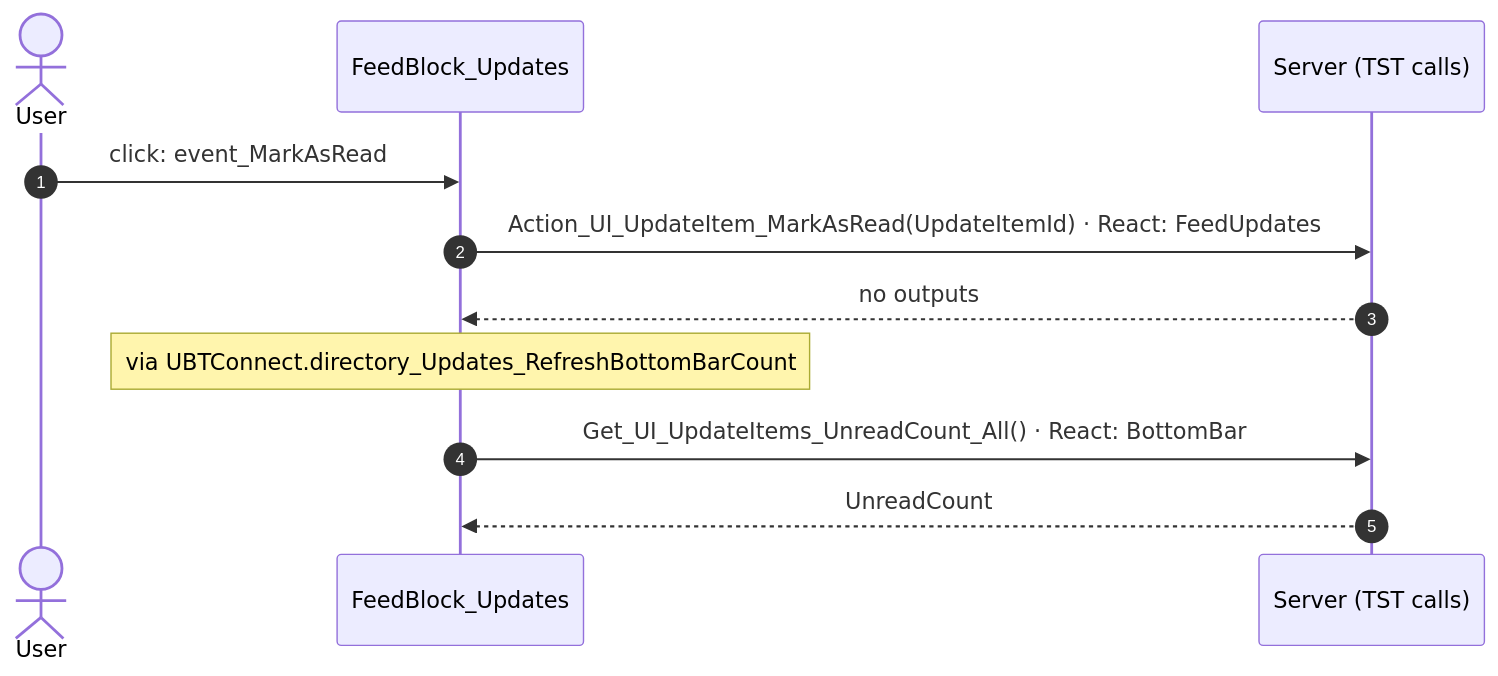
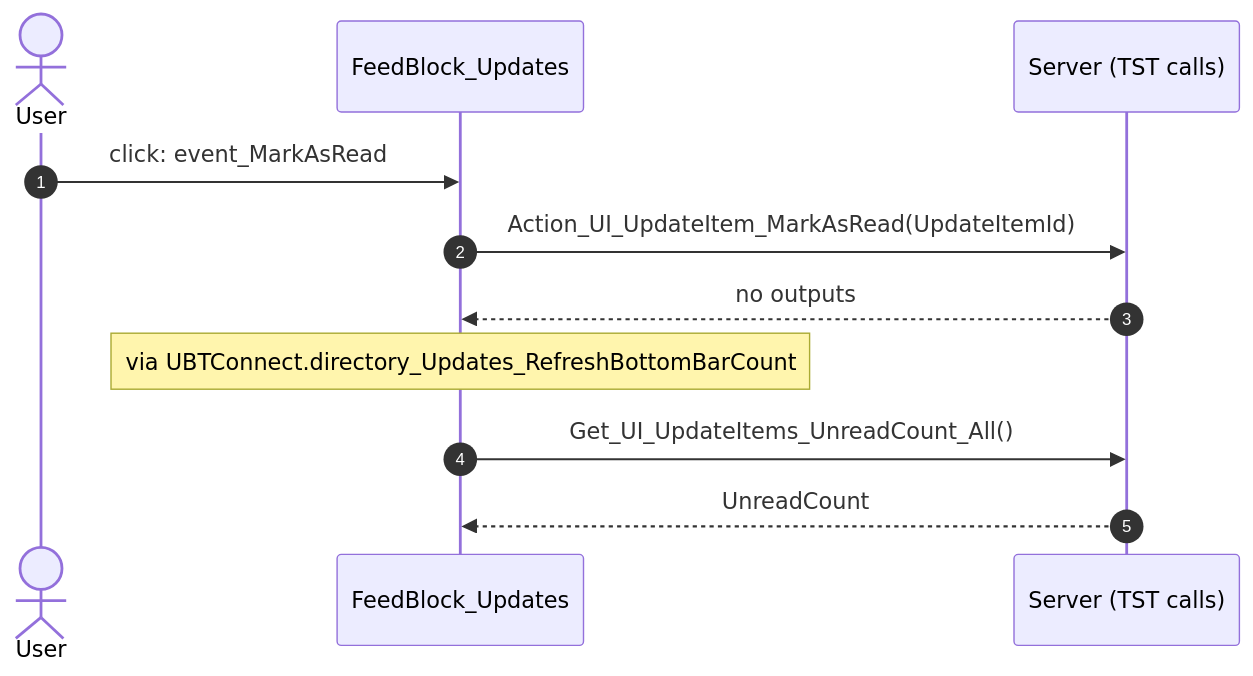
Diagram 14 of 47 in migration/route-actions/HomeFeed.md (Phoenix-DX/connect-new-ui), drawn with Mermaid before and after one commit. The commit also changed other lines of this file and 90 other files, not shown here.

Commit message:
route actions: React sequence diagram per user action next to OutSystems, differences in red; React handlers read branch by branch and matched by comment, name and block; white SVG background; all SVGs of a file in one browser (HomeFeed 67 s to 14 s)

````diff
--- a/migration/route-actions/HomeFeed.md
+++ b/migration/route-actions/HomeFeed.md
@@ -323,13 +468,13 @@
 ```mermaid
 sequenceDiagram
   autonumber
   actor U as User
   participant B as FeedBlock_Updates
   participant S as Server (TST calls)
   U->>B: click: event_MarkAsRead
-  B->>S: Action_UI_UpdateItem_MarkAsRead(UpdateItemId) · React: FeedUpdates
+  B->>S: Action_UI_UpdateItem_MarkAsRead(UpdateItemId)
   S-->>B: no outputs
   Note over B: via UBTConnect.directory_Updates_RefreshBottomBarCount
-  B->>S: Get_UI_UpdateItems_UnreadCount_All() · React: BottomBar
+  B->>S: Get_UI_UpdateItems_UnreadCount_All()
   S-->>B: UnreadCount
 ```
````
